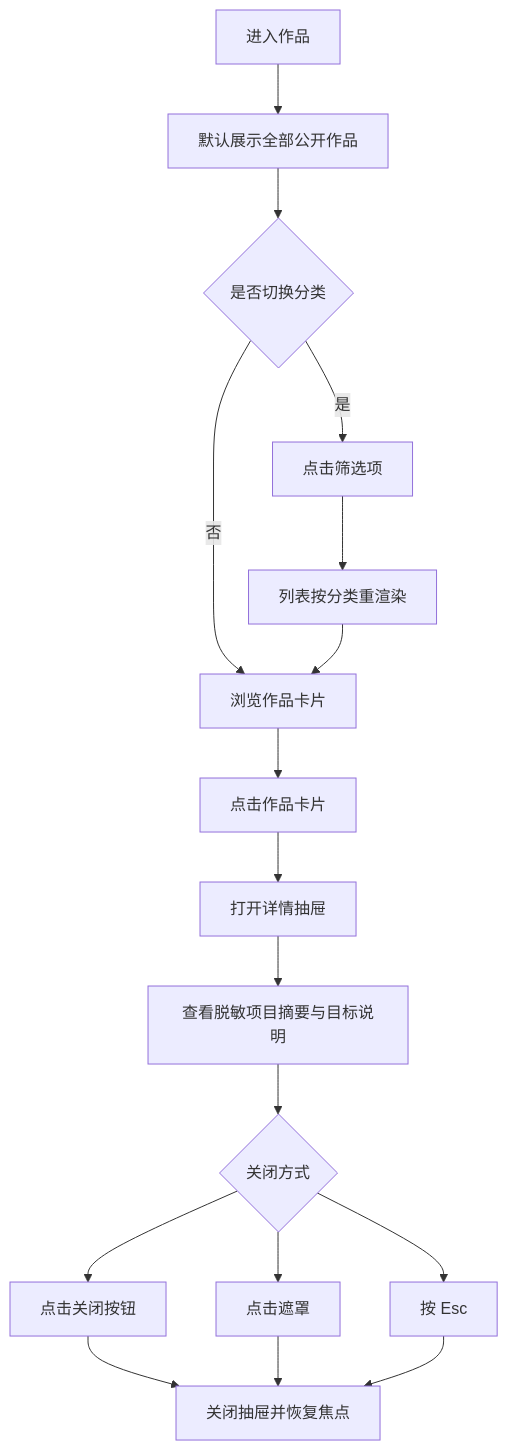
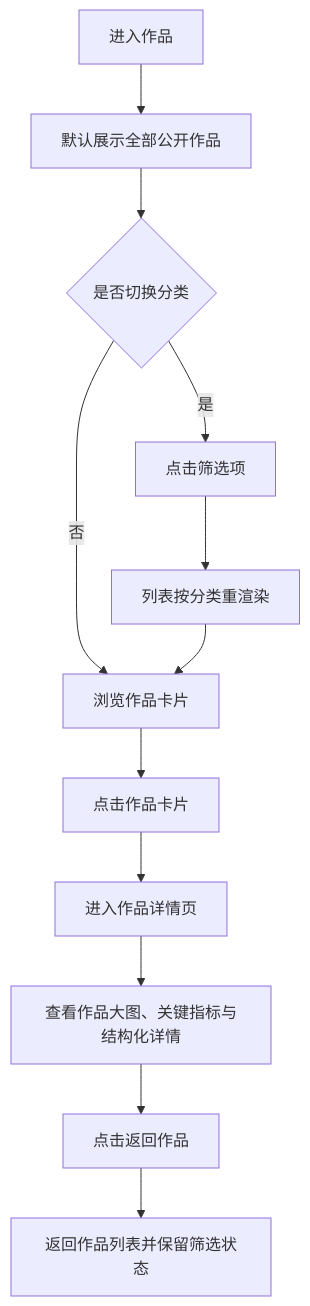
Before and after one commit to Icekole/UI-UX-page: the second of 5 diagrams in prototypes/个人门户网站.md, drawn with Mermaid. The commit also changed other lines of this file and 9 other files, not shown here.

````diff
--- a/prototypes/个人门户网站.md
+++ b/prototypes/个人门户网站.md
@@ -144,19 +148,14 @@
 ```mermaid
 flowchart TD
   A[进入作品] --> B[默认展示全部公开作品]
   B --> C{是否切换分类}
   C -->|是| D[点击筛选项]
   D --> E[列表按分类重渲染]
   C -->|否| F[浏览作品卡片]
   E --> F
   F --> G[点击作品卡片]
-  G --> H[打开详情抽屉]
-  H --> I[查看脱敏项目摘要与目标说明]
-  I --> J{关闭方式}
-  J --> K[点击关闭按钮]
-  J --> L[点击遮罩]
-  J --> M[按 Esc]
-  K --> N[关闭抽屉并恢复焦点]
-  L --> N
-  M --> N
+  G --> H[进入作品详情页]
+  H --> I[查看作品大图、关键指标与结构化详情]
+  I --> J[点击返回作品]
+  J --> K[返回作品列表并保留筛选状态]
 ```
````
